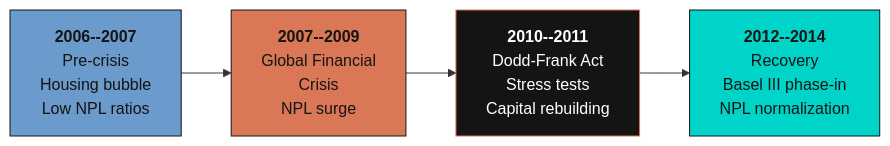
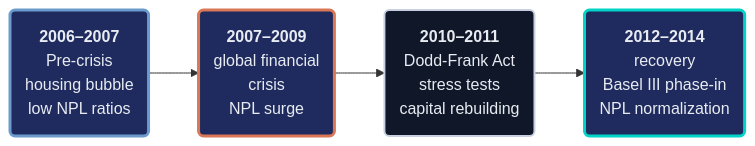
The second of 4 diagrams in content/post/stata_spxtivdfreg/index.md (cmg777/starter-academic-v501), drawn with Mermaid before and after one commit. The commit also changed other lines of this file and 10 other files, not shown here.

First line of the commit message:
content(mermaid): restyle flowcharts in Stata posts (batch 2 of 2) and the EM publication (EN/ES/JA); add log

````diff
--- a/content/post/stata_spxtivdfreg/index.md
+++ b/content/post/stata_spxtivdfreg/index.md
@@ -346,16 +347,19 @@
 ```mermaid
 graph LR
-    A["<b>2006--2007</b><br/>Pre-crisis<br/>Housing bubble<br/>Low NPL ratios"]
-    B["<b>2007--2009</b><br/>Global Financial<br/>Crisis<br/>NPL surge"]
-    C["<b>2010--2011</b><br/>Dodd-Frank Act<br/>Stress tests<br/>Capital rebuilding"]
-    D["<b>2012--2014</b><br/>Recovery<br/>Basel III phase-in<br/>NPL normalization"]
+    A("<b>2006–2007</b><br/>Pre-crisis<br/>housing bubble<br/>low NPL ratios")
+    B("<b>2007–2009</b><br/>global financial<br/>crisis<br/>NPL surge")
+    C("<b>2010–2011</b><br/>Dodd-Frank Act<br/>stress tests<br/>capital rebuilding")
+    D("<b>2012–2014</b><br/>recovery<br/>Basel III phase-in<br/>NPL normalization")
 
     A --> B
     B --> C
     C --> D
-
-    style A fill:#6a9bcc,stroke:#141413,color:#141413
-    style B fill:#d97757,stroke:#141413,color:#141413
-    style C fill:#141413,stroke:#d97757,color:#fff
-    style D fill:#00d4c8,stroke:#141413,color:#141413
+    classDef blue fill:#1f2b5e,stroke:#6a9bcc,stroke-width:3px,color:#e8ecf2
+    classDef orange fill:#1f2b5e,stroke:#d97757,stroke-width:3px,color:#e8ecf2
+    classDef anchor fill:#0f1729,stroke:#c8d0e0,stroke-width:2px,color:#e8ecf2
+    classDef teal fill:#1f2b5e,stroke:#00d4c8,stroke-width:3px,color:#e8ecf2
+    class A blue
+    class B orange
+    class C anchor
+    class D teal
 ```
````
